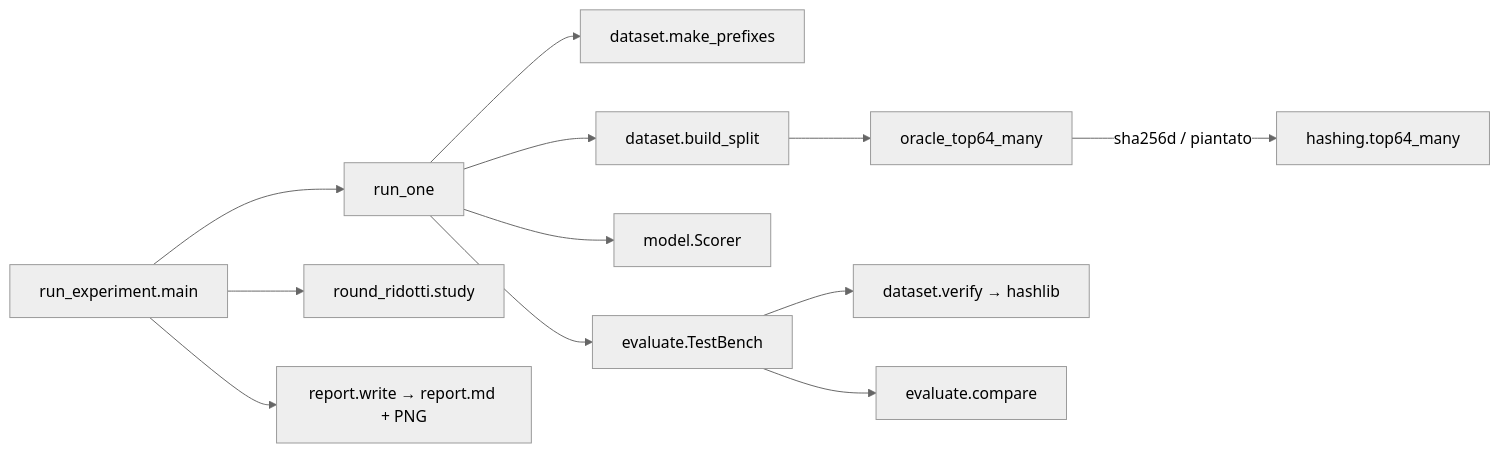
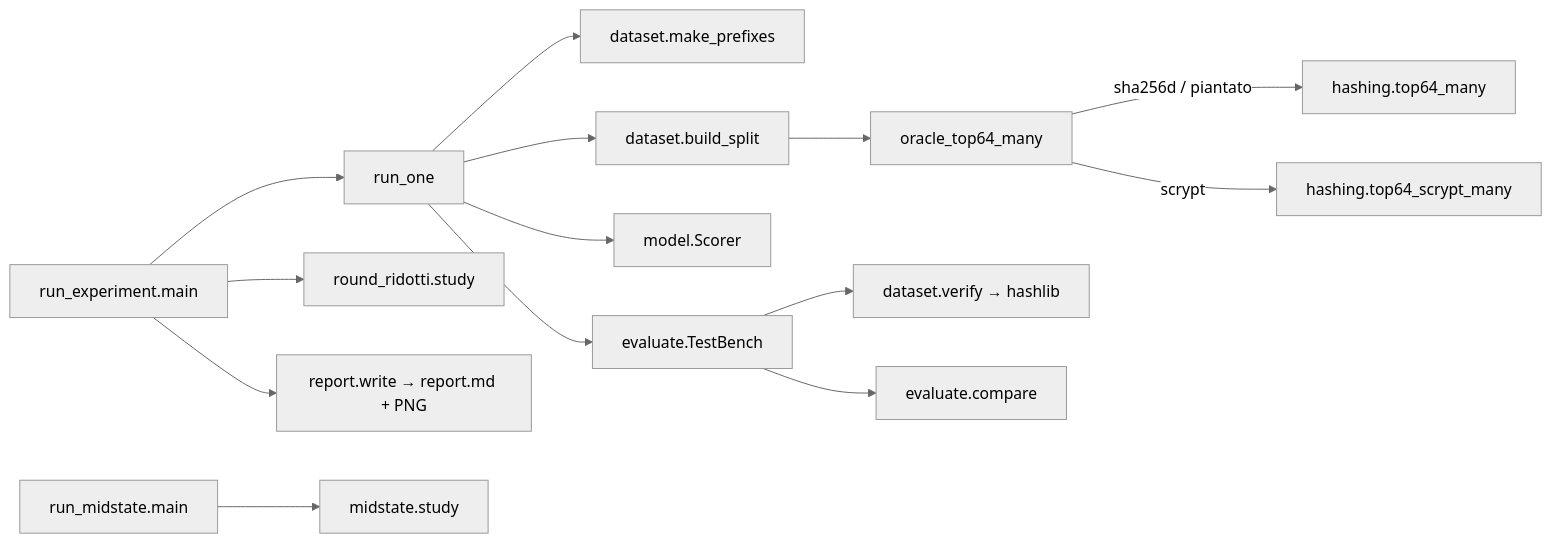
One commit to Ronfo2013/sha256-ml-esperimento changed the diagram in CLAUDE.md. Above: the diagram before and after it, drawn with Mermaid (neutral theme). The commit also changed other lines of this file and 21 other files, not shown here.

First line of the commit message:
Studio midstate (4-5 round) e oracolo scrypt (Litecoin/Dogecoin)

````diff
--- a/CLAUDE.md
+++ b/CLAUDE.md
@@ -38,14 +48,16 @@
 ```mermaid
 graph LR
   A[run_experiment.main] --> B[run_one]
   B --> C[dataset.make_prefixes]
   B --> D[dataset.build_split]
   D --> E[oracle_top64_many]
   E -->|sha256d / piantato| F[hashing.top64_many]
   B --> G[model.Scorer]
   B --> H[evaluate.TestBench]
   H --> I[dataset.verify → hashlib]
   H --> J[evaluate.compare]
+  E -->|scrypt| S[hashing.top64_scrypt_many]
   A --> K[round_ridotti.study]
+  M[run_midstate.main] --> N[midstate.study]
   A --> L[report.write → report.md + PNG]
 ```
````
